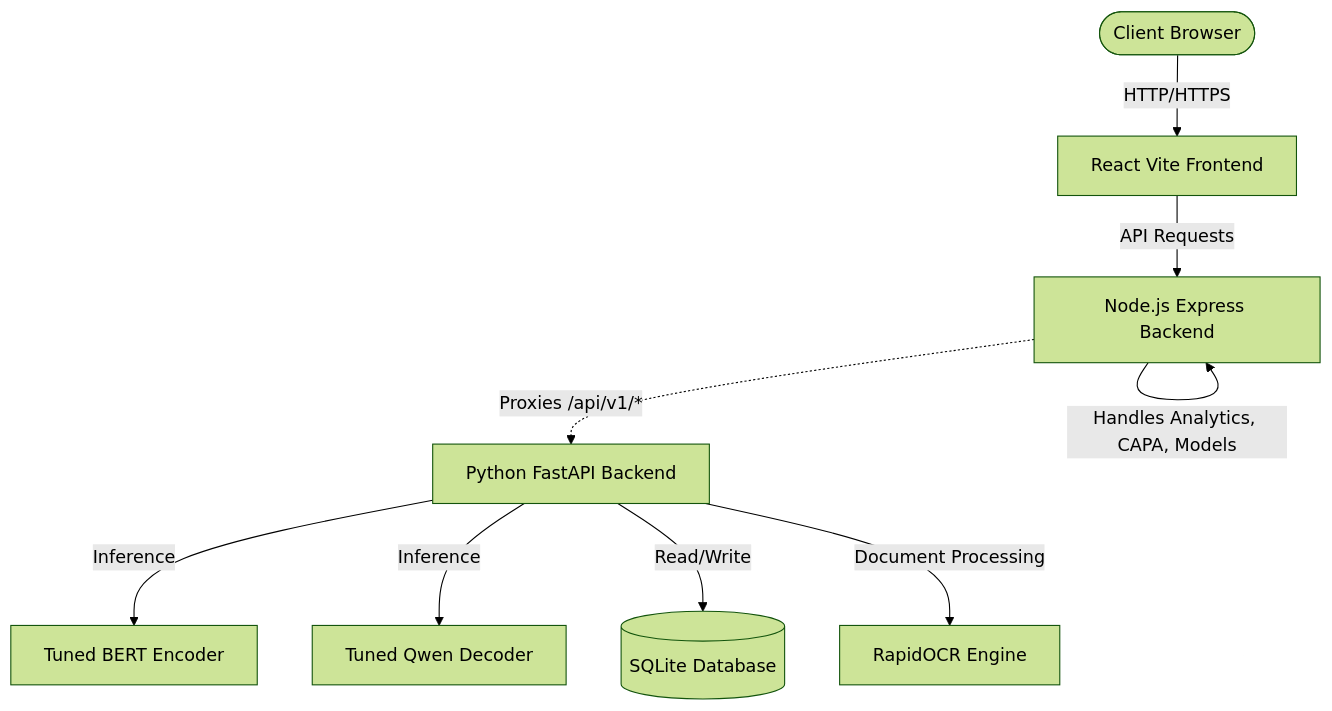
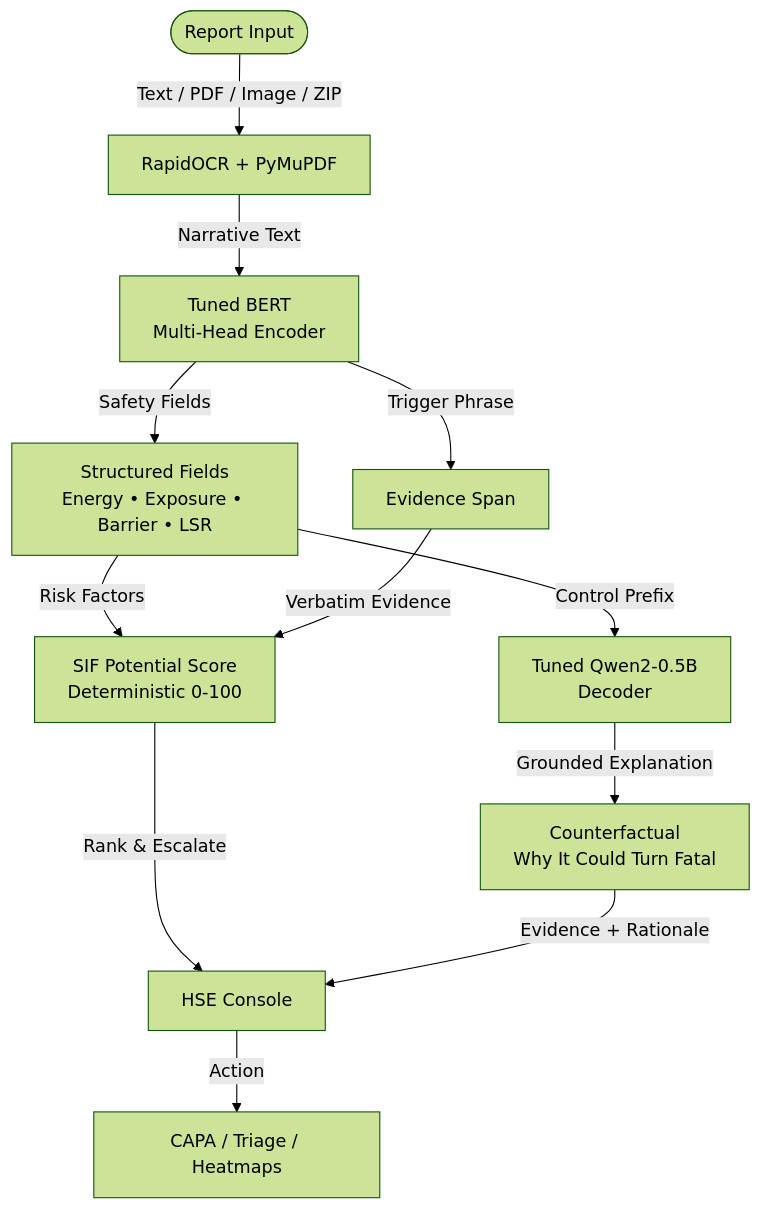
One commit to ThoughtStorm06/SIF-NLP-Precursor changed the diagram in README.md. Above: the diagram before and after it, drawn with Mermaid (forest theme).

````diff
--- a/README.md
+++ b/README.md
@@ -11,13 +11,21 @@
 ```mermaid
 graph TD
-    Client([Client Browser]) -->|HTTP/HTTPS| Frontend[React Vite Frontend]
-    Frontend -->|API Requests| NodeAPI[Node.js Express Backend]
-    
-    NodeAPI -.->|Proxies /api/v1/*| PythonAPI[Python FastAPI Backend]
-    NodeAPI -->|Handles Analytics, CAPA, Models| NodeAPI
-    
-    PythonAPI -->|Inference| BERT[Tuned BERT Encoder]
-    PythonAPI -->|Inference| Qwen[Tuned Qwen Decoder]
-    PythonAPI -->|Read/Write| SQLite[(SQLite Database)]
-    PythonAPI -->|Document Processing| OCR[RapidOCR Engine]
+    Input([Report Input]) -->|Text / PDF / Image / ZIP| OCR[RapidOCR + PyMuPDF]
+
+    OCR -->|Narrative Text| BERT[Tuned BERT<br/>Multi-Head Encoder]
+
+    BERT -->|Safety Fields| Fields[Structured Fields<br/>Energy • Exposure • Barrier • LSR]
+    BERT -->|Trigger Phrase| Evidence[Evidence Span]
+
+    Fields -->|Risk Factors| Score[SIF Potential Score<br/>Deterministic 0-100]
+    Evidence -->|Verbatim Evidence| Score
+
+    Fields -->|Control Prefix| Qwen[Tuned Qwen2-0.5B<br/>Decoder]
+
+    Qwen -->|Grounded Explanation| Explanation[Counterfactual<br/>Why It Could Turn Fatal]
+
+    Score -->|Rank & Escalate| HSE[HSE Console]
+    Explanation -->|Evidence + Rationale| HSE
+
+    HSE -->|Action| CAPA[CAPA / Triage / Heatmaps]
 ```
````
